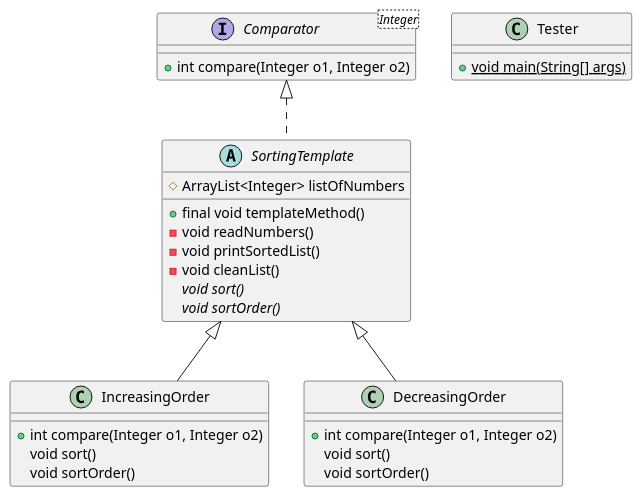
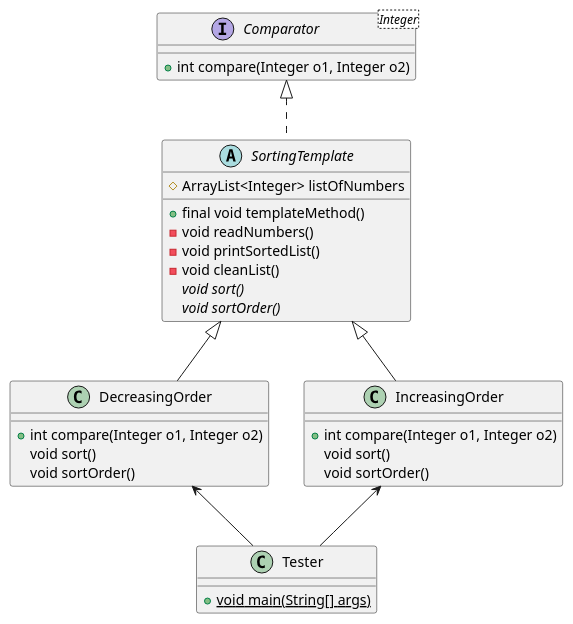
Before and after one commit to BeqaKhaburdzania/FreeUni-SDP-2013-Lab-UML: the diagram in TemplateMethod/src/ClassDiagram.puml, drawn with PlantUML. The commit also changed 1 other file, not shown here.

Commit message:
class diagrama shevaswore

```diff
--- a/TemplateMethod/src/ClassDiagram.puml
+++ b/TemplateMethod/src/ClassDiagram.puml
@@ -1,37 +1,40 @@
 @startuml
 	interface Comparator<Integer>{
 		+ int compare(Integer o1, Integer o2)
 	}
 	
 	abstract class SortingTemplate {
 		# ArrayList<Integer> listOfNumbers
 		+ final void templateMethod()
 		- void readNumbers()
 		- void printSortedList()
 		- void cleanList()
 		{abstract} void sort()
 		{abstract} void sortOrder()
 	}
 	
 	
 	class IncreasingOrder {
 		+ int compare(Integer o1, Integer o2)
 		void sort()
 		void sortOrder()
 	}
 	
 	class DecreasingOrder {
 		+ int compare(Integer o1, Integer o2)
 		void sort()
 		void sortOrder()
 	}
 	
 	class Tester {
         + {static} void main(String[] args)
     }
 		
 	Comparator <|.. SortingTemplate
 	SortingTemplate <|-- IncreasingOrder
 	SortingTemplate <|-- DecreasingOrder
 	
+	Tester -up-> IncreasingOrder
+	Tester -up-> DecreasingOrder
+	
 @enduml
```
